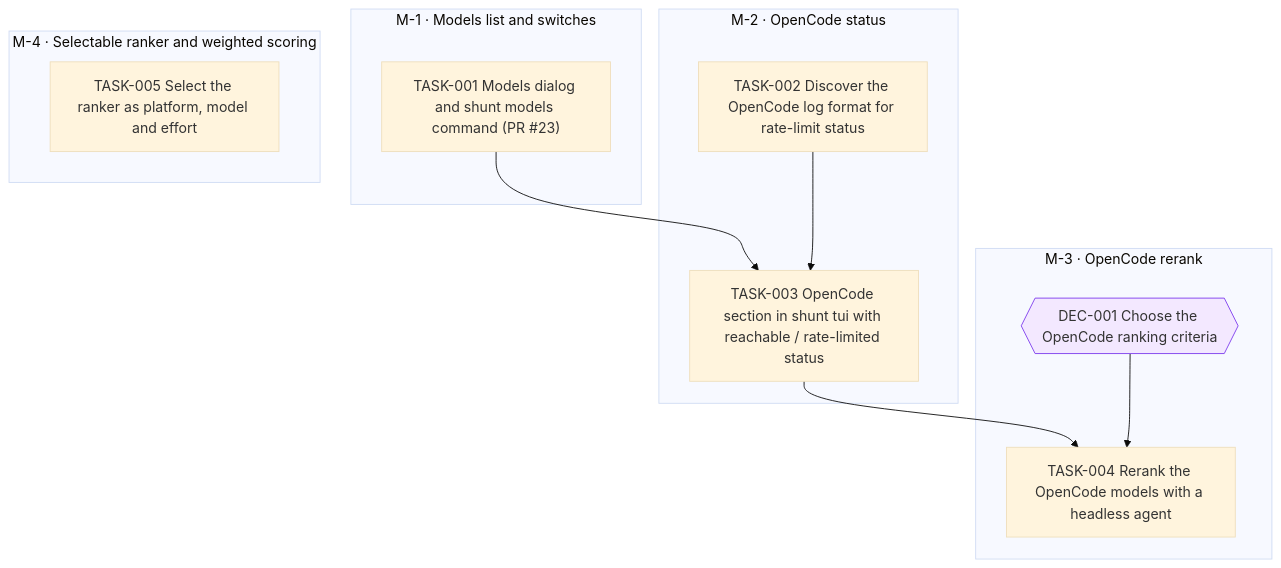
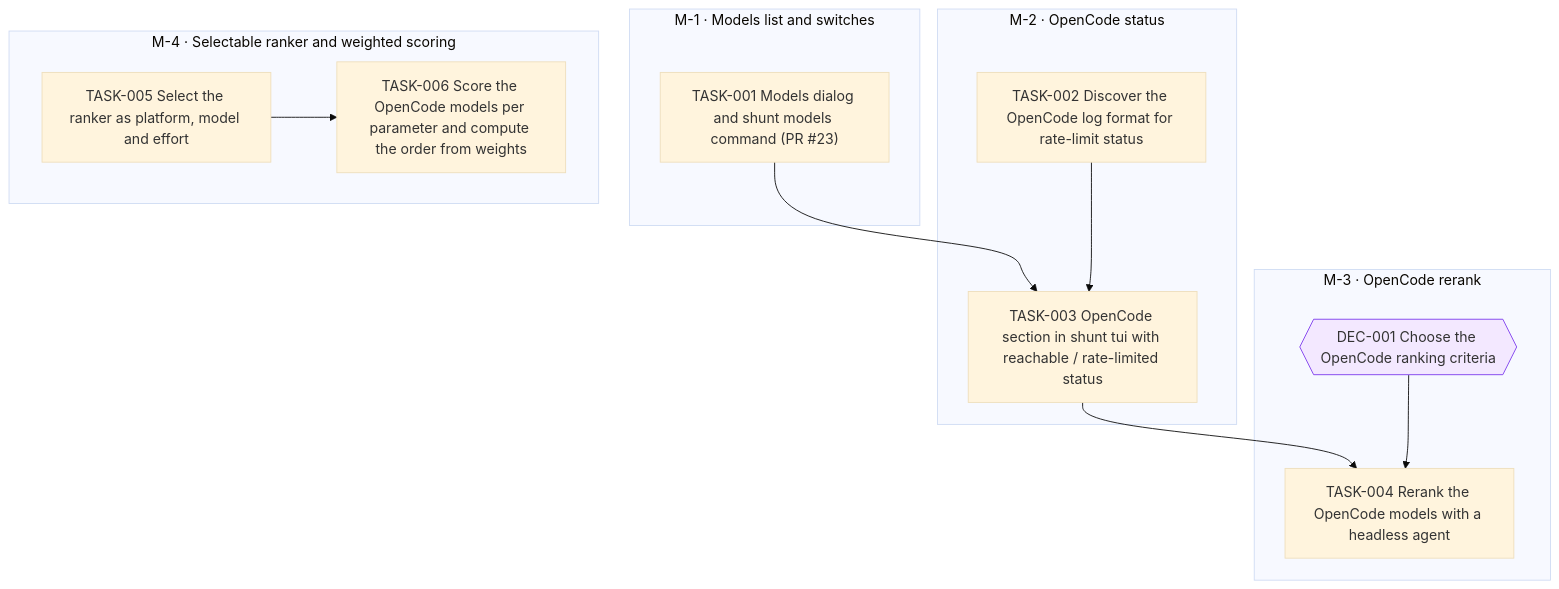
One commit to jesusvillota/shunt changed the diagram in goals/model-filter/README.md. Above: the diagram before and after it, drawn with Mermaid (base theme). The commit also changed 1 other file, not shown here.

Commit message:
goal(model-filter): add TASK-006 Score the OpenCode models per parameter and compute the order from weights

````diff
--- a/goals/model-filter/README.md
+++ b/goals/model-filter/README.md
@@ -48,25 +48,27 @@
 ```mermaid
 flowchart TD
   subgraph M_1["M-1 · Models list and switches"]
     TASK_001["TASK-001 Models dialog and shunt models command (PR #23)"]
   end
   subgraph M_2["M-2 · OpenCode status"]
     TASK_002["TASK-002 Discover the OpenCode log format for rate-limit status"]
     TASK_003["TASK-003 OpenCode section in shunt tui with reachable / rate-limited status"]
   end
   subgraph M_3["M-3 · OpenCode rerank"]
     DEC_001{{"DEC-001 Choose the OpenCode ranking criteria"}}
     TASK_004["TASK-004 Rerank the OpenCode models with a headless agent"]
   end
   subgraph M_4["M-4 · Selectable ranker and weighted scoring"]
     TASK_005["TASK-005 Select the ranker as platform, model and effort"]
+    TASK_006["TASK-006 Score the OpenCode models per parameter and compute the order from weights"]
   end
   TASK_001 --> TASK_003
   TASK_002 --> TASK_003
   TASK_003 --> TASK_004
   DEC_001 --> TASK_004
+  TASK_005 --> TASK_006
   classDef draft stroke-dasharray: 4 3
   classDef cancelled opacity:0.45
   classDef decision fill:#f3e8ff,stroke:#7c3aed
   class DEC_001 decision
 ```
````
